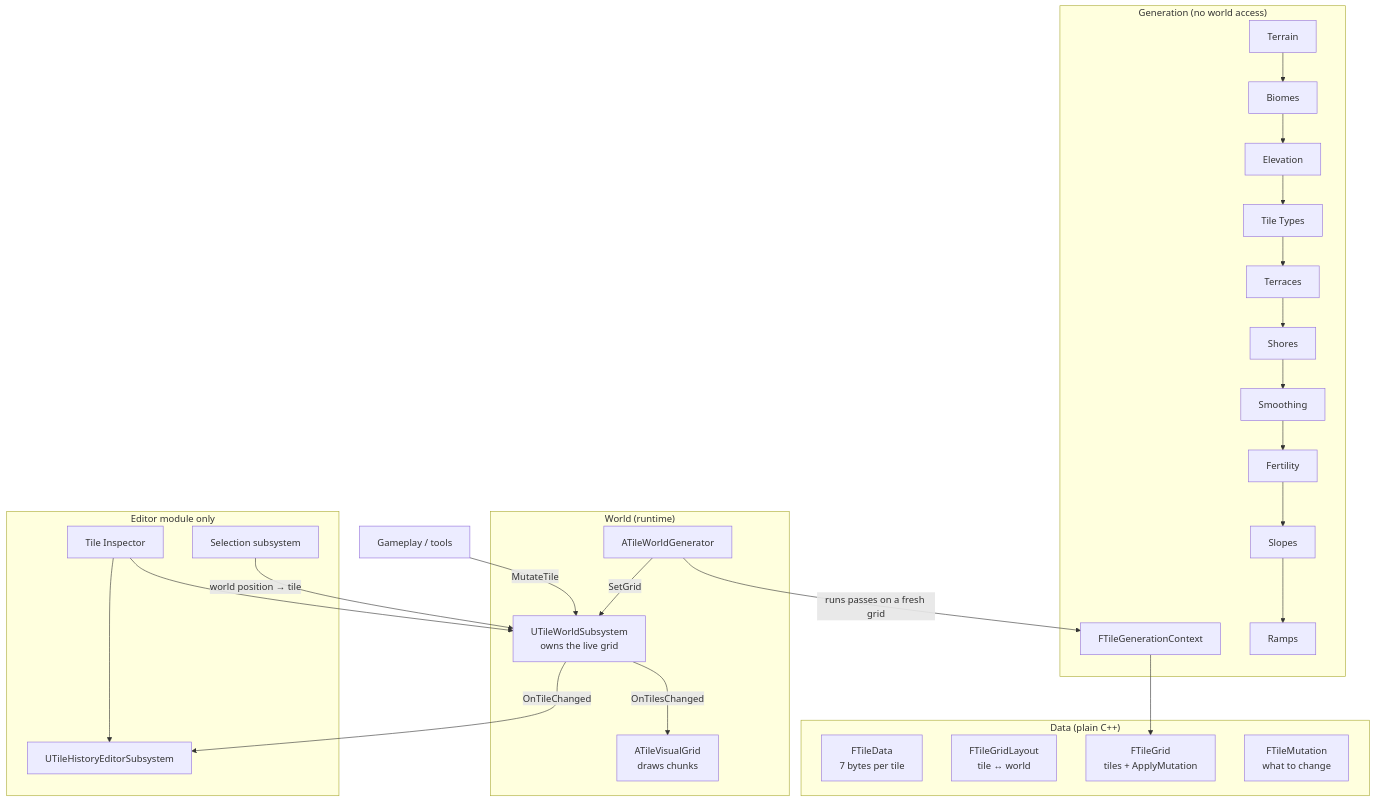
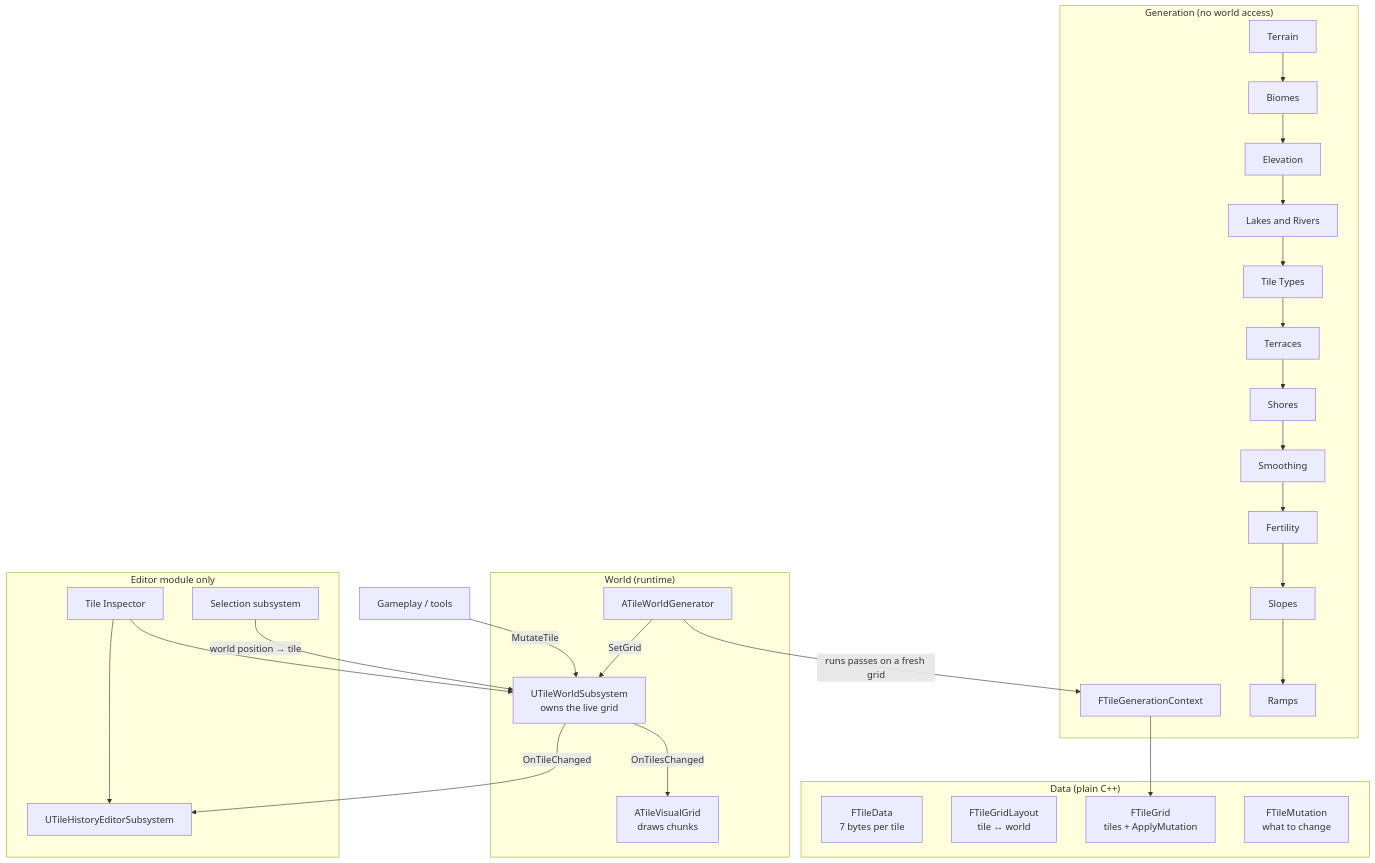
Before and after one commit to Shpakovskiyyy/ChillFarmGame: the diagram in Docs/Architecture.md, drawn with Mermaid. The commit also changed other lines of this file and 9 other files, not shown here.

First line of the commit message:
Add lakes in basins and rivers, put the ground on a base level

````diff
--- a/Docs/Architecture.md
+++ b/Docs/Architecture.md
@@ -26,36 +26,36 @@
 ```mermaid
 flowchart TB
     subgraph Data["Data (plain C++)"]
         TD[FTileData<br/>7 bytes per tile]
         GL[FTileGridLayout<br/>tile ↔ world]
         TG[FTileGrid<br/>tiles + ApplyMutation]
         TM[FTileMutation<br/>what to change]
     end
 
     subgraph Gen["Generation (no world access)"]
         GC[FTileGenerationContext]
-        P1[Terrain] --> P2[Biomes] --> P2b[Elevation] --> P3[Tile Types] --> P4[Terraces] --> P5[Shores] --> P6[Smoothing] --> P7[Fertility] --> P8[Slopes] --> P9[Ramps]
+        P1[Terrain] --> P2[Biomes] --> P2b[Elevation] --> P2c[Lakes and Rivers] --> P3[Tile Types] --> P4[Terraces] --> P5[Shores] --> P6[Smoothing] --> P7[Fertility] --> P8[Slopes] --> P9[Ramps]
     end
 
     subgraph Runtime["World (runtime)"]
         WG[ATileWorldGenerator]
         WS[UTileWorldSubsystem<br/>owns the live grid]
         VG[ATileVisualGrid<br/>draws chunks]
     end
 
     subgraph Editor["Editor module only"]
         HS[UTileHistoryEditorSubsystem]
         SS[Selection subsystem]
         TI[Tile Inspector]
     end
 
     WG -->|runs passes on a fresh grid| GC
     GC --> TG
     WG -->|SetGrid| WS
     WS -->|OnTilesChanged| VG
     WS -->|OnTileChanged| HS
     Gameplay[Gameplay / tools] -->|MutateTile| WS
     SS -->|world position → tile| WS
     TI --> HS
     TI --> WS
 ```
````
